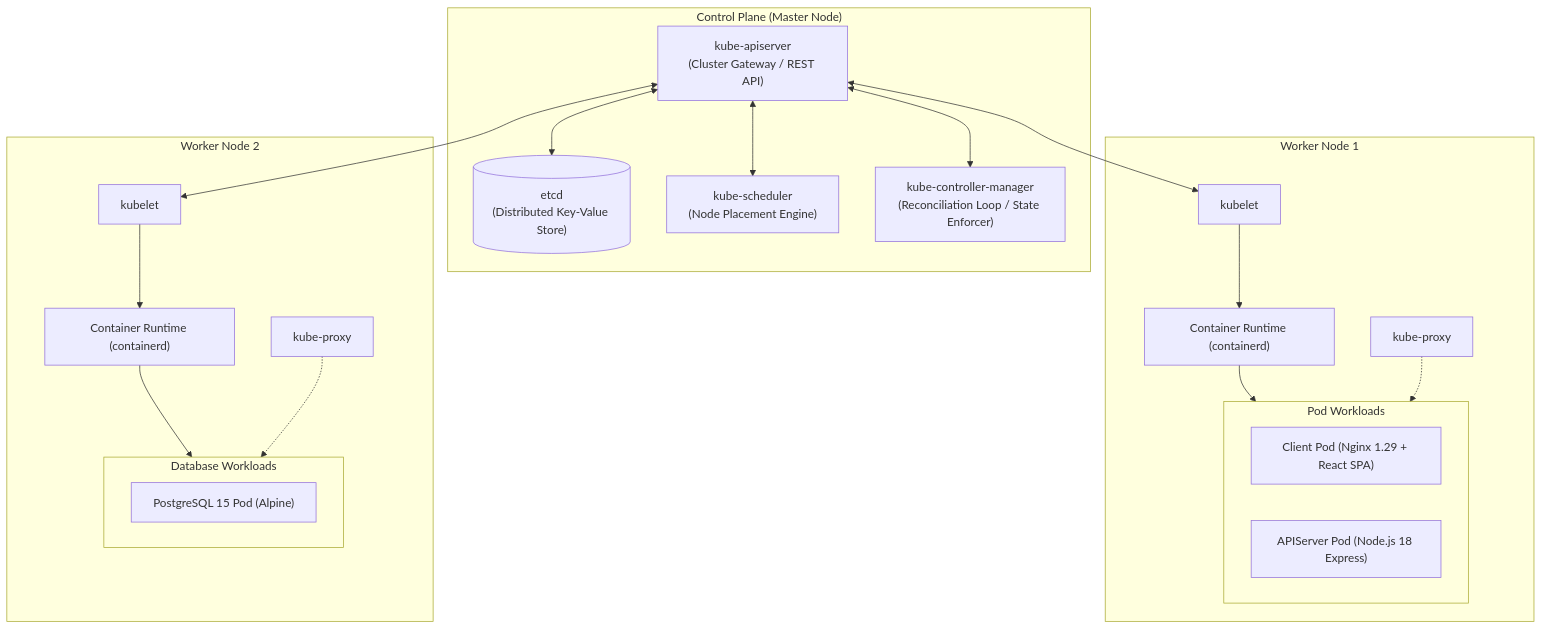
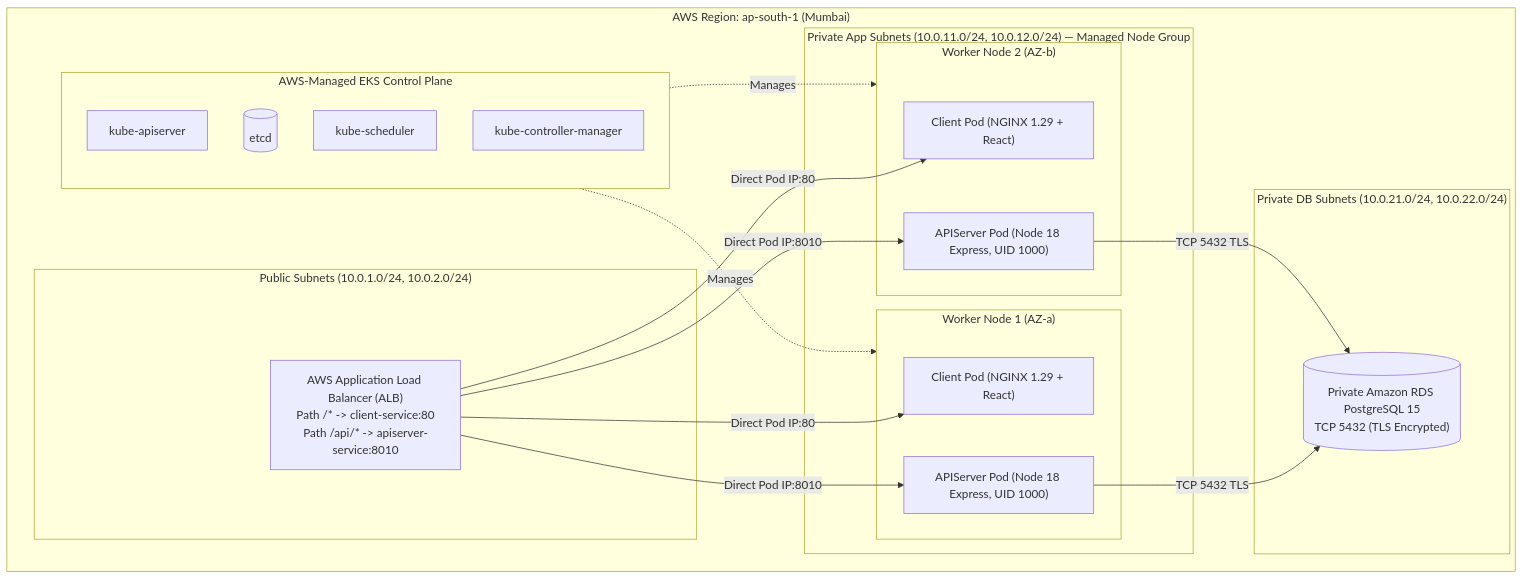
One commit to sahil9079/node-react-postgres changed the first of 2 diagrams in KUBERNETES_DEEP_DIVE.md. Above: the diagram before and after it, drawn with Mermaid. The commit also changed other lines of this file and 42 other files, not shown here.

````diff
--- a/KUBERNETES_DEEP_DIVE.md
+++ b/KUBERNETES_DEEP_DIVE.md
@@ -29,40 +29,35 @@
 ```mermaid
 flowchart TD
-    subgraph Control_Plane["Control Plane (Master Node)"]
-        API["kube-apiserver<br/>(Cluster Gateway / REST API)"]
-        ETCD[("etcd<br/>(Distributed Key-Value Store)")]
-        SCHED["kube-scheduler<br/>(Node Placement Engine)"]
-        CTRL["kube-controller-manager<br/>(Reconciliation Loop / State Enforcer)"]
-    end
+    subgraph AWS_Cloud["AWS Region: ap-south-1 (Mumbai)"]
+        subgraph Control_Plane["AWS-Managed EKS Control Plane"]
+            API["kube-apiserver"]
+            ETCD[("etcd")]
+            SCHED["kube-scheduler"]
+            CTRL["kube-controller-manager"]
+        end
 
-    subgraph Worker_Node_1["Worker Node 1"]
-        KUBELET1["kubelet"]
-        KPROXY1["kube-proxy"]
-        CRI1["Container Runtime (containerd)"]
-        
-        subgraph Pods1["Pod Workloads"]
-            Pod_Client["Client Pod (Nginx 1.29 + React SPA)"]
-            Pod_API["APIServer Pod (Node.js 18 Express)"]
+        subgraph Public_Subnets["Public Subnets (10.0.1.0/24, 10.0.2.0/24)"]
+            ALB["AWS Application Load Balancer (ALB)\nPath /* -> client-service:80\nPath /api/* -> apiserver-service:8010"]
+        end
+
+        subgraph Private_App_Subnets["Private App Subnets (10.0.11.0/24, 10.0.12.0/24) — Managed Node Group"]
+            subgraph Node1["Worker Node 1 (AZ-a)"]
+                ClientPod1["Client Pod (NGINX 1.29 + React)"]
+                APIPod1["APIServer Pod (Node 18 Express, UID 1000)"]
+            end
+            subgraph Node2["Worker Node 2 (AZ-b)"]
+                ClientPod2["Client Pod (NGINX 1.29 + React)"]
+                APIPod2["APIServer Pod (Node 18 Express, UID 1000)"]
+            end
+        end
+
+        subgraph Private_DB_Subnets["Private DB Subnets (10.0.21.0/24, 10.0.22.0/24)"]
+            RDS[("Private Amazon RDS PostgreSQL 15\nTCP 5432 (TLS Encrypted)")]
         end
     end
 
-    subgraph Worker_Node_2["Worker Node 2"]
-        KUBELET2["kubelet"]
-        KPROXY2["kube-proxy"]
-        CRI2["Container Runtime (containerd)"]
-        
-        subgraph Pods2["Database Workloads"]
-            Pod_DB["PostgreSQL 15 Pod (Alpine)"]
-        end
-    end
-
-    API <--> ETCD
-    API <--> SCHED
-    API <--> CTRL
-    API <--> KUBELET1
-    API <--> KUBELET2
-    KUBELET1 --> CRI1 --> Pods1
-    KUBELET2 --> CRI2 --> Pods2
-    KPROXY1 -.-> Pods1
-    KPROXY2 -.-> Pods2
+    ALB -->|Direct Pod IP:80| ClientPod1 & ClientPod2
+    ALB -->|Direct Pod IP:8010| APIPod1 & APIPod2
+    APIPod1 & APIPod2 -->|TCP 5432 TLS| RDS
+    Control_Plane -.->|Manages| Node1 & Node2
 ```
````
